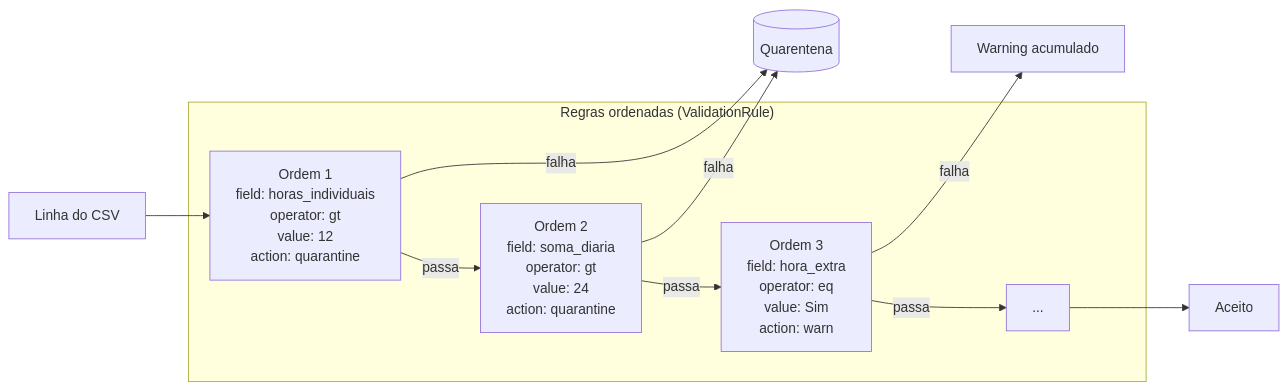
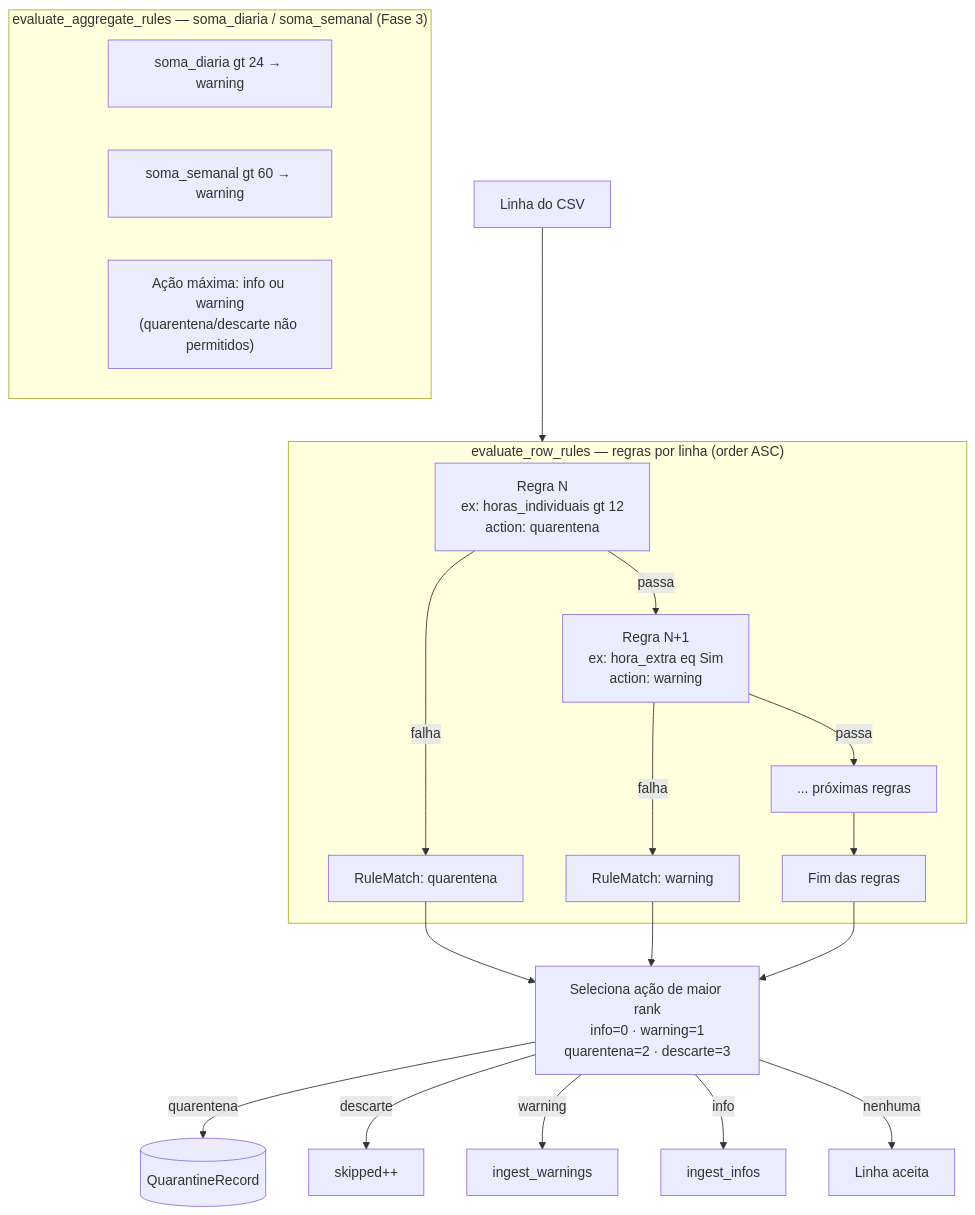
Before and after one commit to RtaSistemas/PMAS: the eighth of 12 diagrams in README.md, drawn with Mermaid. The commit also changed other lines of this file, not shown here.

First line of the commit message:
Fix README diagrams and validation rule engine documentation

````diff
--- a/README.md
+++ b/README.md
@@ -665,18 +681,30 @@
 ```mermaid
-flowchart LR
-    subgraph RuleList["Regras ordenadas (ValidationRule)"]
-        R1["Ordem 1\nfield: horas_individuais\noperator: gt\nvalue: 12\naction: quarantine"]
-        R2["Ordem 2\nfield: soma_diaria\noperator: gt\nvalue: 24\naction: quarantine"]
-        R3["Ordem 3\nfield: hora_extra\noperator: eq\nvalue: Sim\naction: warn"]
-        RN["..."]
+flowchart TD
+    Row[Linha do CSV] --> EVAL
+
+    subgraph EVAL["evaluate_row_rules — regras por linha (order ASC)"]
+        R1["Regra N\nex: horas_individuais gt 12\naction: quarentena"]
+        R2["Regra N+1\nex: hora_extra eq Sim\naction: warning"]
+        RN["... próximas regras"]
+        R1 -->|falha| M1[RuleMatch: quarentena]
+        R1 -->|passa| R2
+        R2 -->|falha| M2[RuleMatch: warning]
+        R2 -->|passa| RN
+        RN --> END[Fim das regras]
     end
 
-    Row[Linha do CSV] --> R1
-    R1 -->|falha| QR[(Quarentena)]
-    R1 -->|passa| R2
-    R2 -->|falha| QR
-    R2 -->|passa| R3
-    R3 -->|falha| WARN[Warning acumulado]
-    R3 -->|passa| RN
-    RN --> OK[Aceito]
+    M1 & M2 --> RANK["Seleciona ação de maior rank\ninfo=0 · warning=1\nquarentena=2 · descarte=3"]
+    END --> RANK
+
+    RANK -->|quarentena| QR[(QuarantineRecord)]
+    RANK -->|descarte| SKIP[skipped++]
+    RANK -->|warning| WARN[ingest_warnings]
+    RANK -->|info| INFO[ingest_infos]
+    RANK -->|nenhuma| OK[Linha aceita]
+
+    subgraph AGG["evaluate_aggregate_rules — soma_diaria / soma_semanal (Fase 3)"]
+        AG1["soma_diaria gt 24 → warning"]
+        AG2["soma_semanal gt 60 → warning"]
+        AG3["Ação máxima: info ou warning\n(quarentena/descarte não permitidos)"]
+    end
 ```
````
